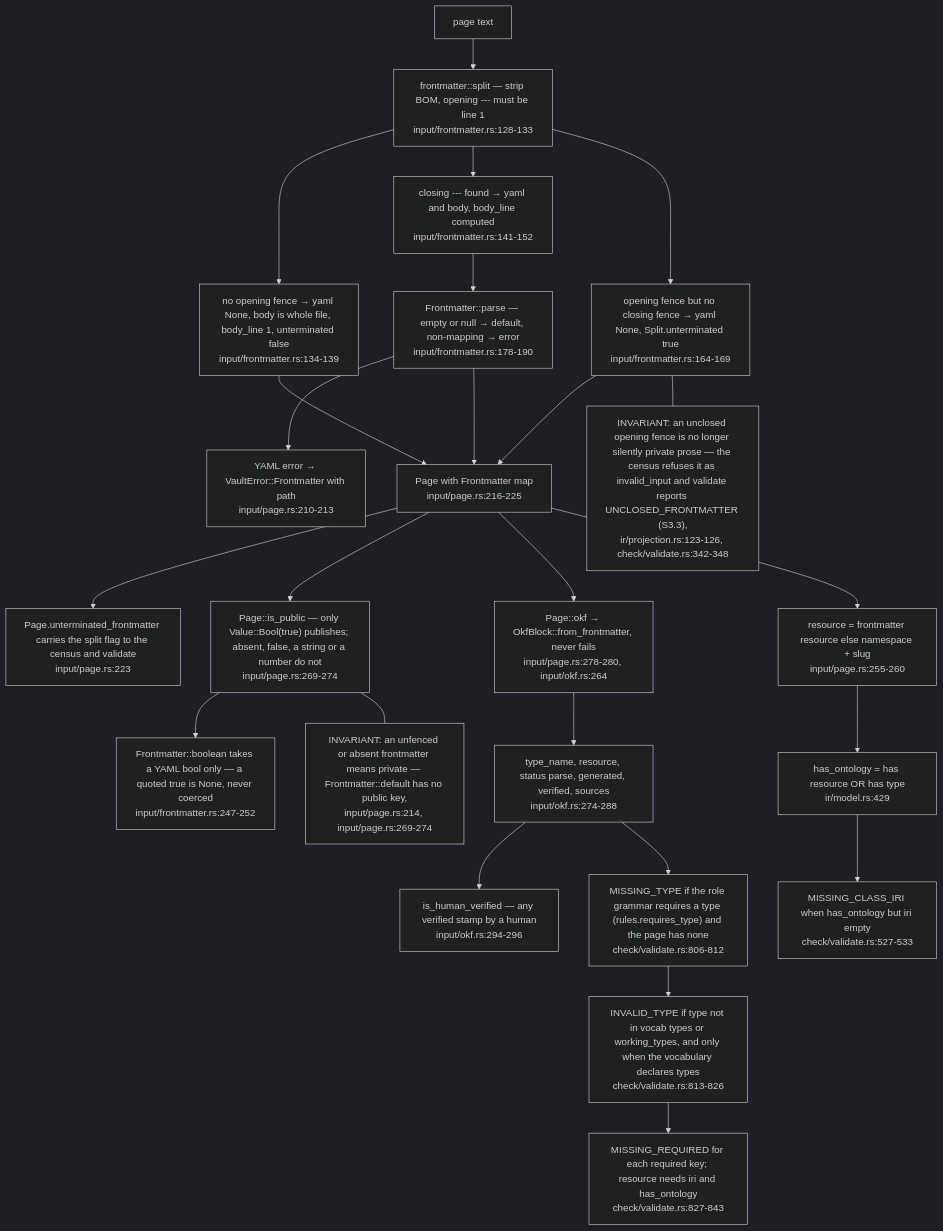
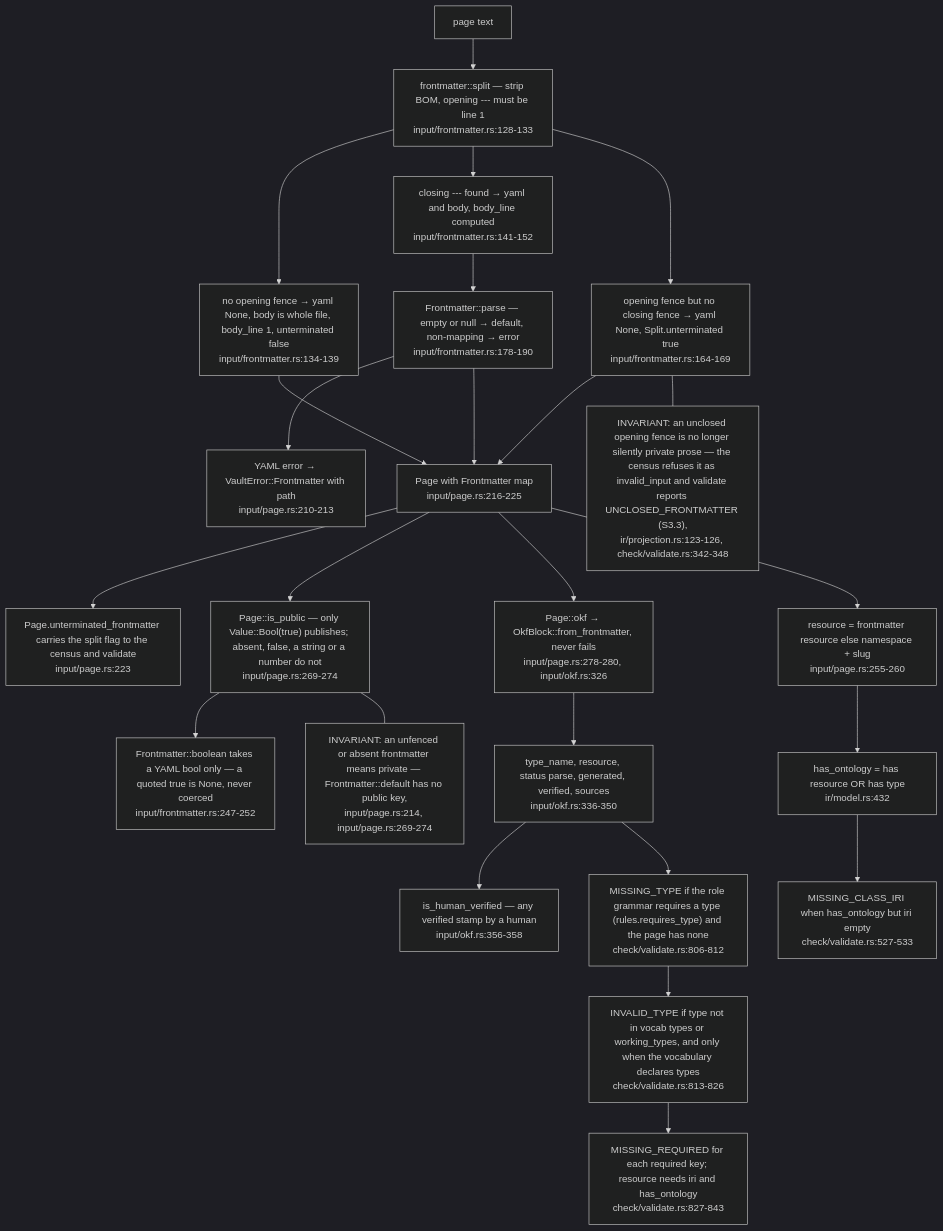
The third of 6 diagrams in docs/diagrams/ontomark/01-input-layer-vault-pages-and-gates.md (DreamLab-AI/VisionFlow), drawn with Mermaid (dark theme) before and after one commit. The commit also changed other lines of this file and 59 other files, not shown here.

First line of the commit message:
docs(diagrams): re-derive and re-stamp forum, website, pod, ontomark and sealmap topics

````diff
--- a/docs/diagrams/ontomark/01-input-layer-vault-pages-and-gates.md
+++ b/docs/diagrams/ontomark/01-input-layer-vault-pages-and-gates.md
@@ -139,40 +139,40 @@
 ```mermaid
 flowchart TD
     TXT["page text"]
     SPLIT["frontmatter::split — strip BOM, opening --- must be line 1<br/>input/frontmatter.rs:128-133"]
     NOFM["no opening fence → yaml None, body is whole file, body_line 1, unterminated false<br/>input/frontmatter.rs:134-139"]
     CLOSE["closing --- found → yaml and body, body_line computed<br/>input/frontmatter.rs:141-152"]
     UNCLOSED["opening fence but no closing fence → yaml None, Split.unterminated true<br/>input/frontmatter.rs:164-169"]
     FMPARSE["Frontmatter::parse — empty or null → default, non-mapping → error<br/>input/frontmatter.rs:178-190"]
     PERR["YAML error → VaultError::Frontmatter with path<br/>input/page.rs:210-213"]
     PAGE["Page with Frontmatter map<br/>input/page.rs:216-225"]
     UFLAG["Page.unterminated_frontmatter carries the split flag to the census and validate<br/>input/page.rs:223"]
     PUBLIC["Page::is_public — only Value::Bool(true) publishes; absent, false, a string or a number do not<br/>input/page.rs:269-274"]
     BOOL["Frontmatter::boolean takes a YAML bool only — a quoted true is None, never coerced<br/>input/frontmatter.rs:247-252"]
-    OKF["Page::okf → OkfBlock::from_frontmatter, never fails<br/>input/page.rs:278-280, input/okf.rs:264"]
-    OKFF["type_name, resource, status parse, generated, verified, sources<br/>input/okf.rs:274-288"]
-    HV["is_human_verified — any verified stamp by a human<br/>input/okf.rs:294-296"]
+    OKF["Page::okf → OkfBlock::from_frontmatter, never fails<br/>input/page.rs:278-280, input/okf.rs:326"]
+    OKFF["type_name, resource, status parse, generated, verified, sources<br/>input/okf.rs:336-350"]
+    HV["is_human_verified — any verified stamp by a human<br/>input/okf.rs:356-358"]
     GTYPE["MISSING_TYPE if the role grammar requires a type (rules.requires_type) and the page has none<br/>check/validate.rs:806-812"]
     GINV["INVALID_TYPE if type not in vocab types or working_types, and only when the vocabulary declares types<br/>check/validate.rs:813-826"]
     GREQ["MISSING_REQUIRED for each required key; resource needs iri and has_ontology<br/>check/validate.rs:827-843"]
-    GONT["has_ontology = has resource OR has type<br/>ir/model.rs:429"]
+    GONT["has_ontology = has resource OR has type<br/>ir/model.rs:432"]
     GIRI["MISSING_CLASS_IRI when has_ontology but iri empty<br/>check/validate.rs:527-533"]
     GRES["resource = frontmatter resource else namespace + slug<br/>input/page.rs:255-260"]
     TXT --> SPLIT
     SPLIT --> NOFM
     SPLIT --> CLOSE
     SPLIT --> UNCLOSED
     CLOSE --> FMPARSE --> PERR
     FMPARSE --> PAGE
     NOFM --> PAGE
     UNCLOSED --> PAGE
     PAGE --> UFLAG
     PAGE --> PUBLIC --> BOOL
     PAGE --> OKF --> OKFF --> HV
     OKFF --> GTYPE --> GINV --> GREQ
     PAGE --> GRES --> GONT --> GIRI
     note1["INVARIANT: an unfenced or absent frontmatter means private — Frontmatter::default has no public key,<br/>input/page.rs:214, input/page.rs:269-274"]
     note2["INVARIANT: an unclosed opening fence is no longer silently private prose — the census refuses it as invalid_input and validate reports UNCLOSED_FRONTMATTER (S3.3),<br/>ir/projection.rs:123-126, check/validate.rs:342-348"]
     PUBLIC --- note1
     UNCLOSED --- note2
 ```
````
